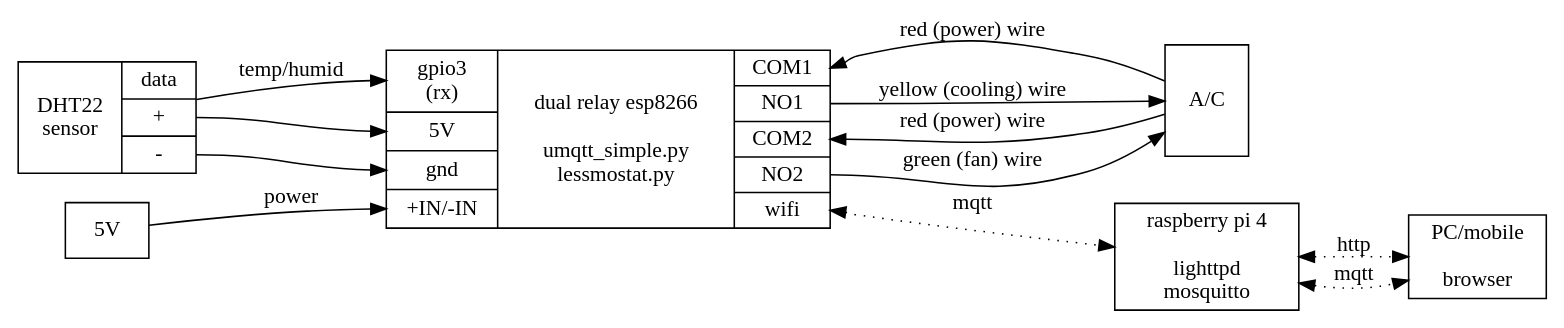
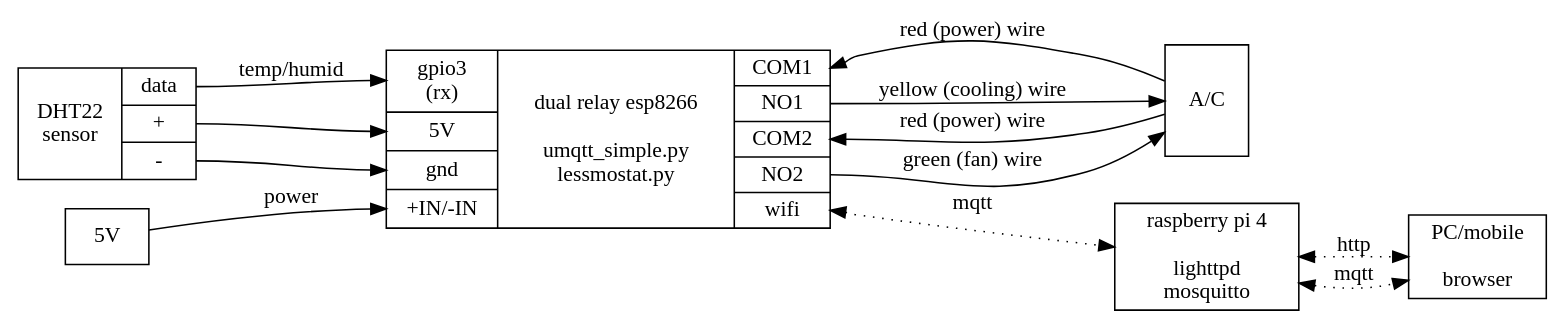
Before and after one commit to antoniotejada/lessmostat: the diagram in block_diagram.dot, drawn with Graphviz. The commit also changed 8 other files, not shown here.

````diff
--- a/block_diagram.dot
+++ b/block_diagram.dot
@@ -1,37 +1,40 @@
-# Editable at https://dreampuf.github.io/GraphvizOnline/
+# Editable at 
+# - https://dreampuf.github.io/GraphvizOnline/
+# - http://viz-js.com/
+# - http://webgraphviz.com/
 # or embeddable in some markdowns as 
 # ```viz
 # ...
 # ```
 # or on vscode GraphViz language support plugin
 digraph G {
     graph [rankdir = LR]
 
     pwr [shape=box, label="5V"];
 
-    dht [shape=record, label="{DHT22\nsensor|{data|<plus>+|<minus>-}}", height=1];
+    dht [shape=record, label="{DHT22\nsensor|{<data>data|<plus>+|<minus>-}}", height=1];
 
     ac [shape=box, label="A/C", height=1];
 
     esp [shape=record, label="{{<gpio>gpio3\n(rx)|<pwr5v>5V|<gnd5v>gnd|<power>+IN/-IN}|{<main>dual relay esp8266\n\numqtt_simple.py\nlessmostat.py}|{<relay0c>COM1|<relay0no>NO1|<relay1c>COM2|<relay1no>NO2|<wifi>wifi}}"];
 
     rpi4 [shape=box, label="raspberry pi 4\n\nlighttpd\nmosquitto"];
     
     
     client [shape=box, label="PC/mobile\n\nbrowser"];
 
     dht:data:e -> esp:gpio:w [label = "temp/humid"]
     dht:plus:e -> esp:pwr5v:w 
     dht:minus:e -> esp:gnd5v:w
     pwr -> esp:power [label = "power"]
     
     ac -> esp:relay0c:e [label = "red (power) wire"]
     esp:relay0no:e -> ac [label = "yellow (cooling) wire"]
     ac -> esp:relay1c:e [label = "red (power) wire"]
     esp:relay1no:e -> ac [label = "green (fan) wire"]
     
     esp:wifi -> rpi4 [label = "mqtt", dir="both", style="dotted"];
 
     rpi4 -> client [label = "http", dir="both", style="dotted"];
     rpi4 -> client [label = "mqtt", dir="both", style="dotted"];
 }
````
